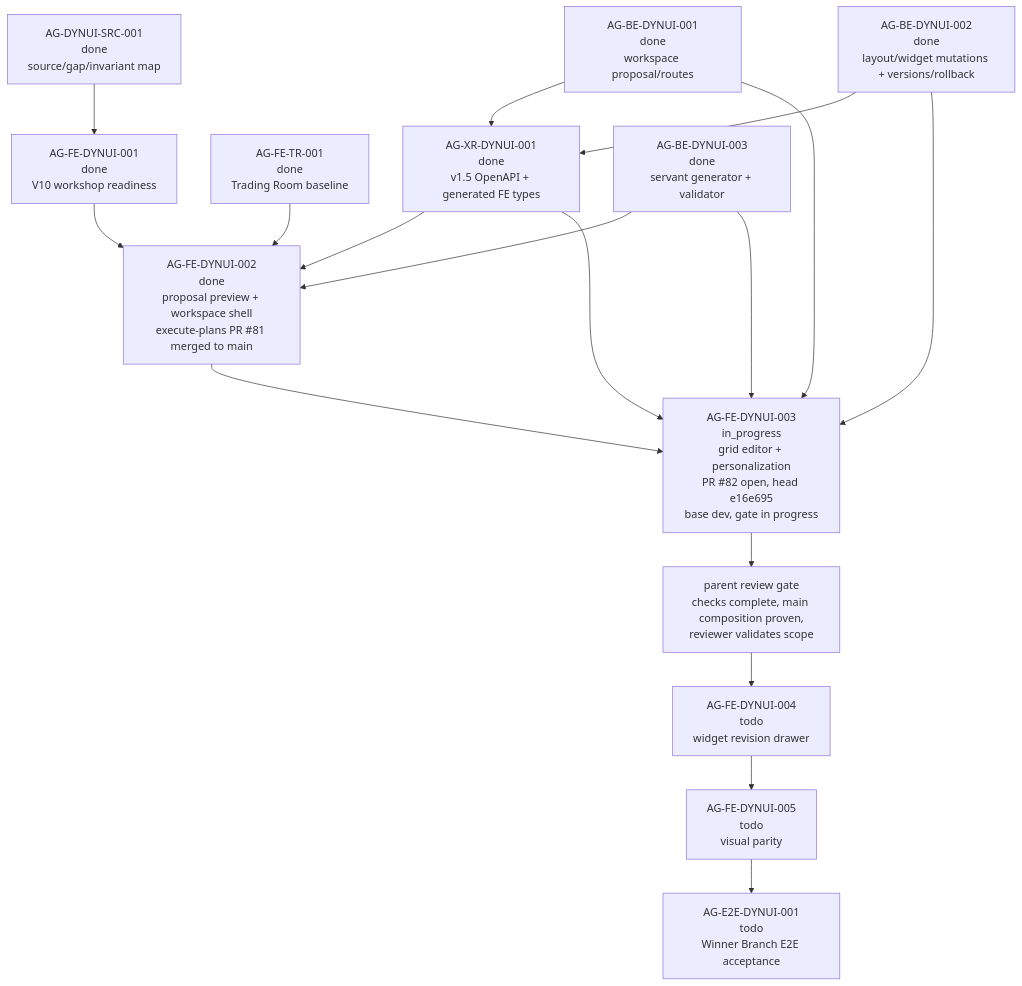
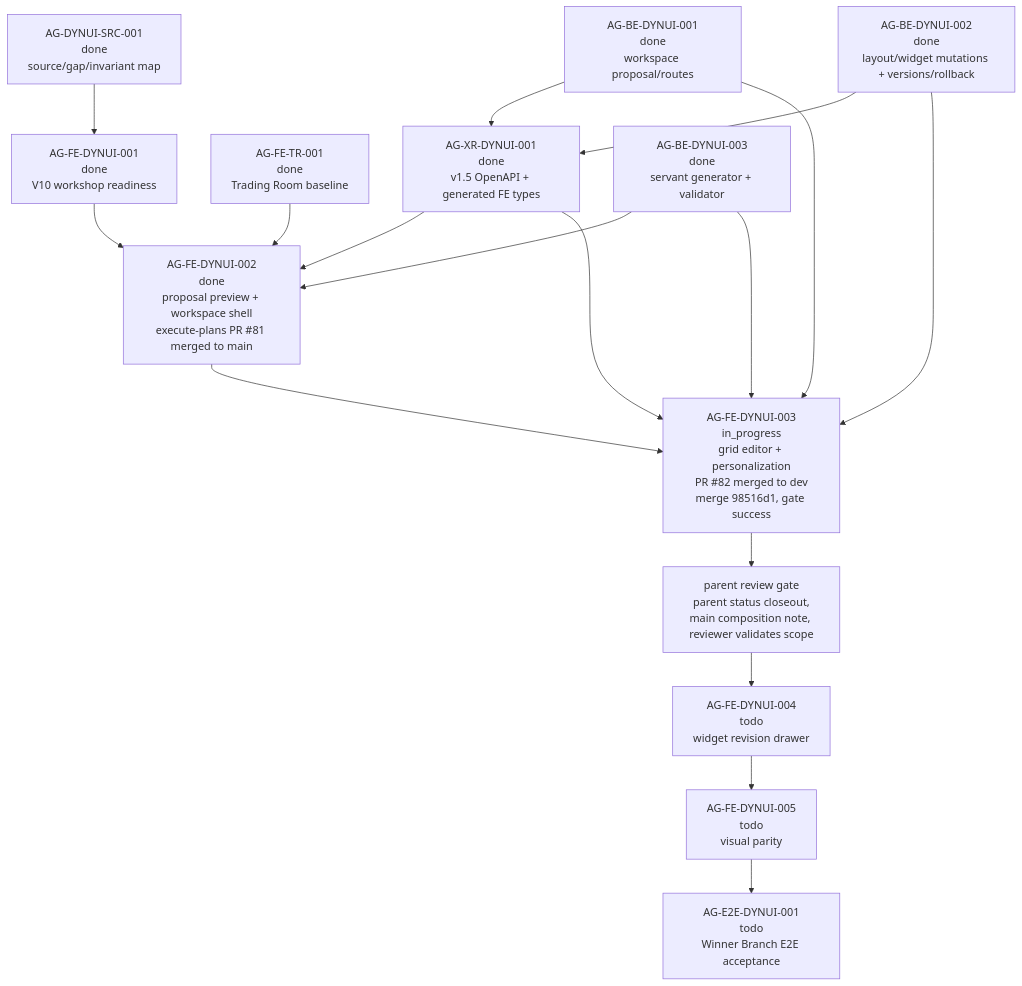
Before and after one commit to ajoe734/pantheon: the diagram in support/sidecars/AG-FE-DYNUI-003/AG-FE-DYNUI-003-SIDECAR-ACCEPTANCE-FOLLOWUP-2.md, drawn with Mermaid. The commit also changed other lines of this file and 1 other file, not shown here.

First line of the commit message:
AG-FE-DYNUI-003-SIDECAR-ACCEPTANCE-FOLLOWUP-2: refresh merged proof

````diff
--- a/support/sidecars/AG-FE-DYNUI-003/AG-FE-DYNUI-003-SIDECAR-ACCEPTANCE-FOLLOWUP-2.md
+++ b/support/sidecars/AG-FE-DYNUI-003/AG-FE-DYNUI-003-SIDECAR-ACCEPTANCE-FOLLOWUP-2.md
@@ -112,23 +116,23 @@
 ```mermaid
 graph TD
     SRC["AG-DYNUI-SRC-001<br/>done<br/>source/gap/invariant map"] --> FE001
     FE001["AG-FE-DYNUI-001<br/>done<br/>V10 workshop readiness"] --> FE002
     FETR["AG-FE-TR-001<br/>done<br/>Trading Room baseline"] --> FE002
 
     BE001["AG-BE-DYNUI-001<br/>done<br/>workspace proposal/routes"] --> XR001
     BE002["AG-BE-DYNUI-002<br/>done<br/>layout/widget mutations + versions/rollback"] --> XR001
     BE003["AG-BE-DYNUI-003<br/>done<br/>servant generator + validator"] --> FE002
     XR001["AG-XR-DYNUI-001<br/>done<br/>v1.5 OpenAPI + generated FE types"] --> FE002
 
     FE002["AG-FE-DYNUI-002<br/>done<br/>proposal preview + workspace shell<br/>execute-plans PR #81 merged to main"] --> FE003
     BE001 --> FE003
     BE002 --> FE003
     BE003 --> FE003
     XR001 --> FE003
 
-    FE003["AG-FE-DYNUI-003<br/>in_progress<br/>grid editor + personalization<br/>PR #82 open, head e16e695<br/>base dev, gate in progress"]
-    FE003 --> REVIEWGATE["parent review gate<br/>checks complete, main composition proven,<br/>reviewer validates scope"]
+    FE003["AG-FE-DYNUI-003<br/>in_progress<br/>grid editor + personalization<br/>PR #82 merged to dev<br/>merge 98516d1, gate success"]
+    FE003 --> REVIEWGATE["parent review gate<br/>parent status closeout,<br/>main composition note, reviewer validates scope"]
     REVIEWGATE --> FE004["AG-FE-DYNUI-004<br/>todo<br/>widget revision drawer"]
     FE004 --> FE005["AG-FE-DYNUI-005<br/>todo<br/>visual parity"]
     FE005 --> E2E["AG-E2E-DYNUI-001<br/>todo<br/>Winner Branch E2E acceptance"]
 ```
````
